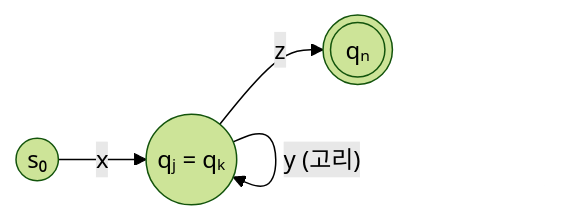
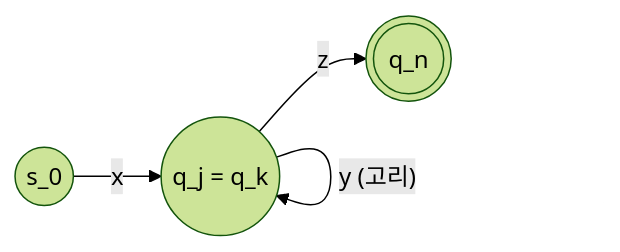
The fifth of 5 diagrams in Lecture-Notes/Ch12_Structures-and-Finite-Automata/Concepts_Lecture.ko.md (Choroning/25Fall_Discrete-Mathematics), drawn with Mermaid (forest theme) before and after one commit. The commit also changed other lines of this file and 37 other files, not shown here.

````diff
--- a/Lecture-Notes/Ch12_Structures-and-Finite-Automata/Concepts_Lecture.ko.md
+++ b/Lecture-Notes/Ch12_Structures-and-Finite-Automata/Concepts_Lecture.ko.md
@@ -605,6 +607,6 @@
 ```mermaid
 graph LR
-    q0((s₀)) -->|"x"| qs((qⱼ = qₖ))
+    q0((s_0)) -->|"x"| qs((q_j = q_k))
     qs -->|"y (고리)"| qs
-    qs -->|"z"| qn(((qₙ)))
+    qs -->|"z"| qn(((q_n)))
 ```
````
